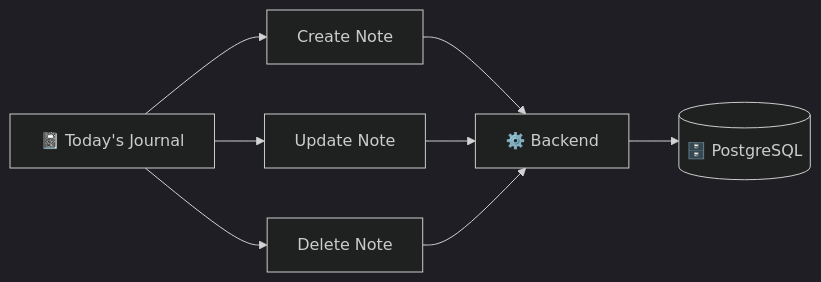
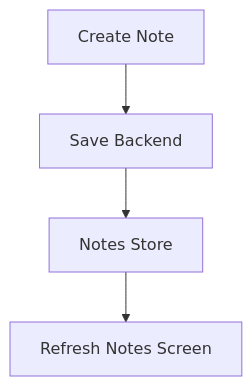
The eighth of 14 diagrams in README.md (Pragatees/life-os-refined), drawn with Mermaid before and after one commit. The commit also changed other lines of this file, not shown here.

````diff
--- a/README.md
+++ b/README.md
@@ -201,9 +336,6 @@
 ```mermaid
-%%{init: {'theme':'dark'}}%%
-flowchart LR
-    T[📓 Today's Journal] --> CN[Create Note]
-    T --> UN[Update Note]
-    T --> DN[Delete Note]
-    CN & UN & DN --> BE[⚙️ Backend]
-    BE --> DB[(🗄️ PostgreSQL)]
+flowchart TD
+    A[Create Note] --> B[Save Backend]
+    B --> C[Notes Store]
+    C --> D[Refresh Notes Screen]
 ```
````
